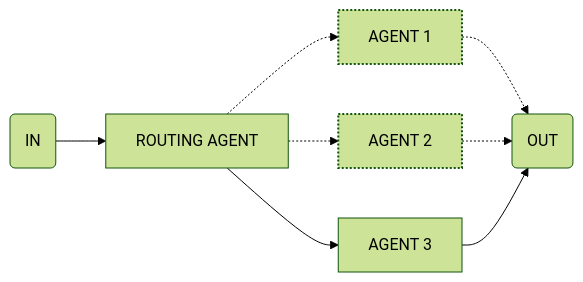
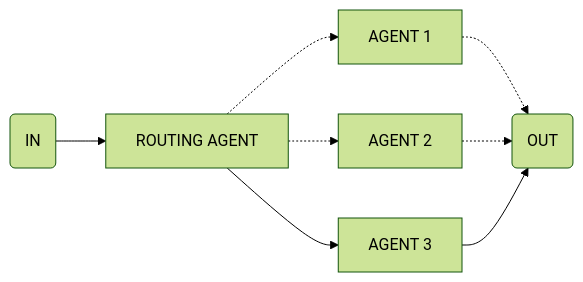
Before and after one commit to callstackincubator/flows-ai: the diagram in docs/src/content/docs/flows/one-of.mdx, drawn with Mermaid (forest theme). The commit also changed other lines of this file and 14 other files, not shown here.

````diff
--- a/docs/src/content/docs/flows/one-of.mdx
+++ b/docs/src/content/docs/flows/one-of.mdx
@@ -8,12 +10,9 @@
 ```mermaid
 flowchart LR
     A("IN") --> B["ROUTING AGENT"]
     B -.-> C["AGENT 1"] & D["AGENT 2"]
     B --> E["AGENT 3"]
     C -.-> F("OUT")
     D -.-> F
     E --> F
-
-    style C stroke-width:2px,stroke-dasharray: 2
-    style D stroke-width:2px,stroke-dasharray: 2
 ```
````
